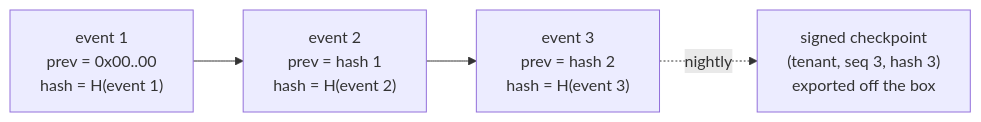
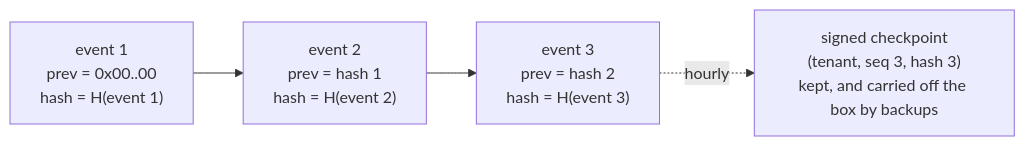
Before and after one commit to FurkanKocatas/Synapse: the diagram in docs/design/audit.md, drawn with Mermaid. The commit also changed other lines of this file and 16 other files, not shown here.

First line of the commit message:
audit: hourly signed checkpoints, checked by verify and by backups

````diff
--- a/docs/design/audit.md
+++ b/docs/design/audit.md
@@ -21,5 +21,5 @@
 ```mermaid
 flowchart LR
     E1["event 1<br/>prev = 0x00..00<br/>hash = H(event 1)"] --> E2["event 2<br/>prev = hash 1<br/>hash = H(event 2)"] --> E3["event 3<br/>prev = hash 2<br/>hash = H(event 3)"]
-    E3 -. nightly .-> C["signed checkpoint<br/>(tenant, seq 3, hash 3)<br/>exported off the box"]
+    E3 -. hourly .-> C["signed checkpoint<br/>(tenant, seq 3, hash 3)<br/>kept, and carried off the box by backups"]
 ```
````
